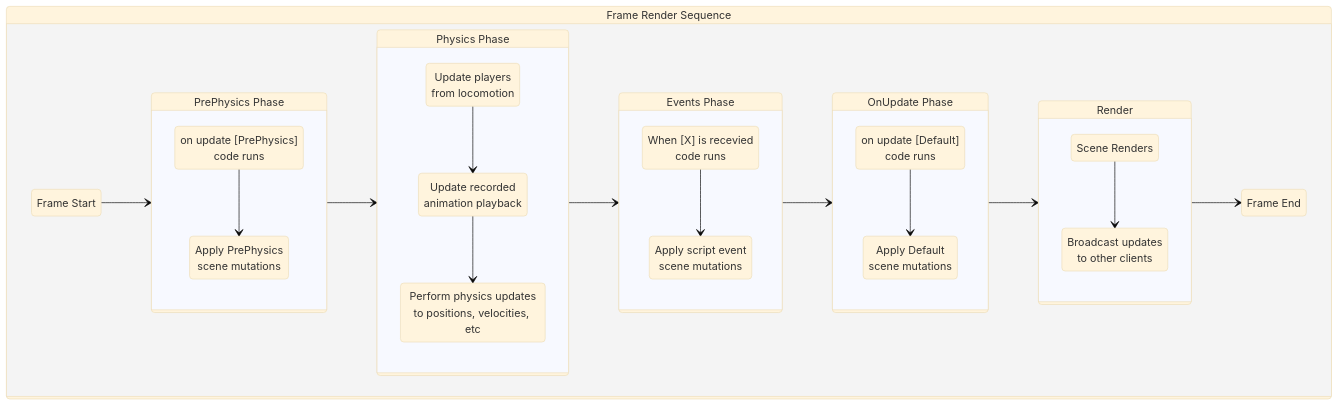
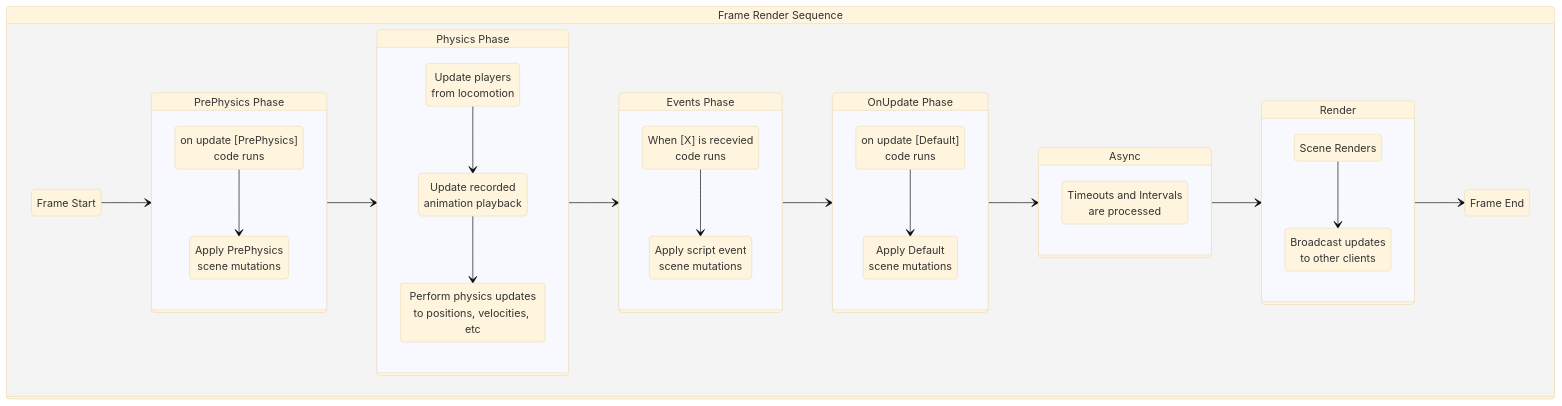
The first of 5 diagrams in HorizonTechnicalDoc.md (MHCPCreators/horizonCreatorManual), drawn with Mermaid (base theme) before and after one commit. The commit also changed other lines of this file, not shown here.

````diff
--- a/HorizonTechnicalDoc.md
+++ b/HorizonTechnicalDoc.md
@@ -1327,67 +1344,73 @@
 ```mermaid
 stateDiagram
     direction LR
     Start : Frame Start
     End : Frame End
 
     Physics : Physics Phase
 
     PrePhysics : PrePhysics Phase
     PrePhysicsScript : on update [PrePhysics]<br>code runs
     PrePhysicsMut : Apply PrePhysics<br>scene mutations
 
     Players : Update players<br>from locomotion
     Animation : Update recorded<br>animation playback
     PhysicsMut : Perform physics updates<br>to positions, velocities, etc
 
     ScriptEvents : Events Phase
 
     Script : When [X] is recevied<br>code runs
     ScriptMut : Apply script event<br>scene mutations
 
     Default_ : OnUpdate Phase
 
     DefaultScript : on update [Default]<br>code runs
     DefaultMut : Apply Default<br>scene mutations
 
     RenderScene : Scene Renders
     Sync : Broadcast updates<br>to other clients
 
    WholeFrame : Frame Render Sequence
 
     state WholeFrame {
     direction LR
     Start --> PrePhysics
 
     state PrePhysics {
         PrePhysicsScript --> PrePhysicsMut
     }
 
     PrePhysics --> Physics
 
     state Physics {
         Players --> Animation
         Animation --> PhysicsMut
     }
 
     Physics --> ScriptEvents
 
     state ScriptEvents {
         Script --> ScriptMut
     }
 
     ScriptEvents --> Default_
 
     state Default_ {
         DefaultScript --> DefaultMut
     }
 
-    Default_ --> Render
+    Default_ --> Async
+
+    state Async {
+        Foo : Timeouts and Intervals<br>are processed
+    }
+
+    Async --> Render
 
     state Render {
         RenderScene --> Sync
     }
 
     Render --> End
    }
 ```
````
